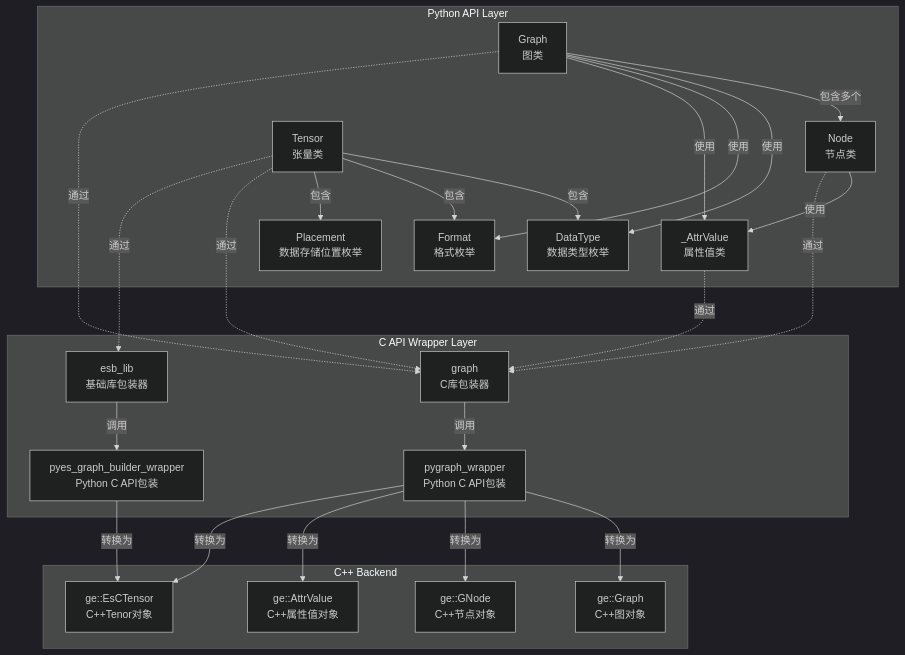
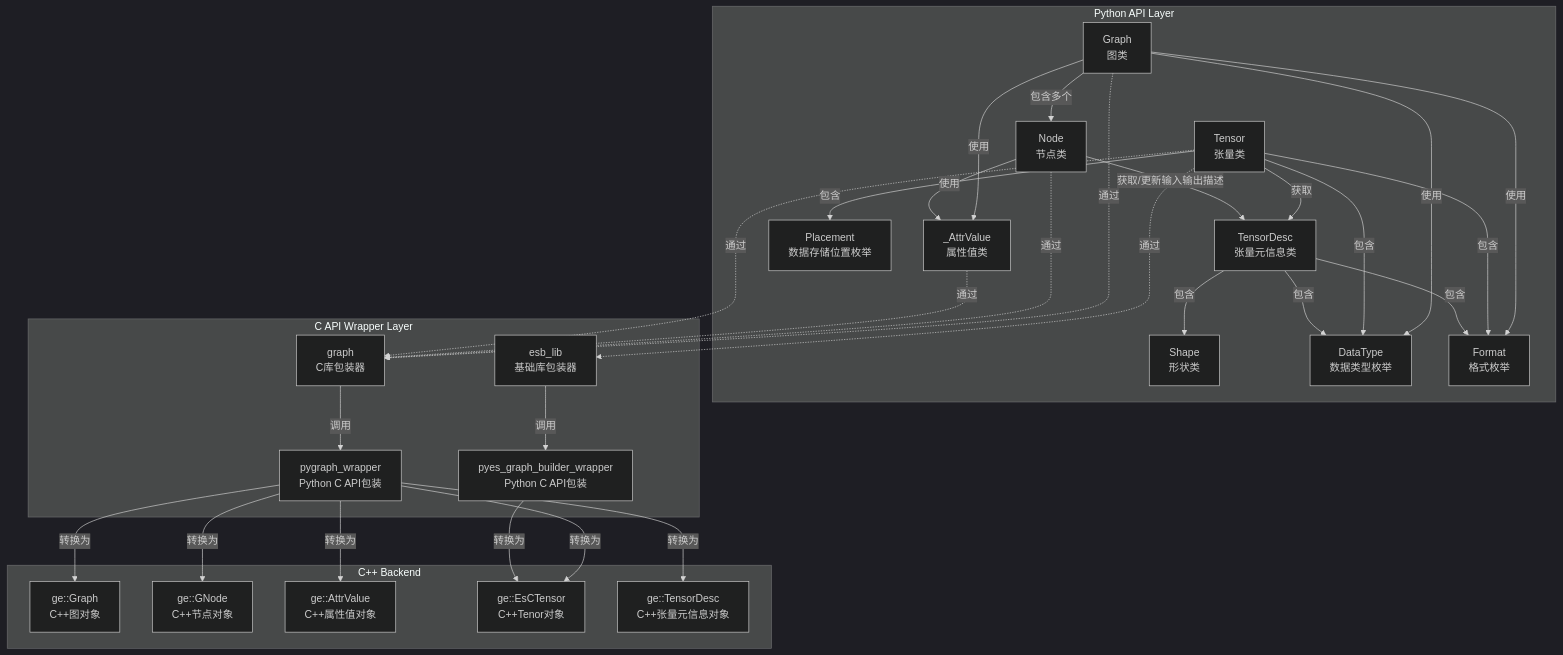
One commit to hicann/ge changed the diagram in docs/ge_python/design/ge_python.md. Above: the diagram before and after it, drawn with Mermaid (dark theme). The commit also changed other lines of this file and 14 other files, not shown here.

First line of the commit message:
feat: 新增 Python TensorDesc API

````diff
--- a/docs/ge_python/design/ge_python.md
+++ b/docs/ge_python/design/ge_python.md
@@ -24,52 +25,61 @@
 ```mermaid
 graph TB
     subgraph "Python API Layer"
         Graph[Graph<br/>图类]
         Node[Node<br/>节点类]
         Tensor[Tensor<br/>张量类]
+        Shape[Shape<br/>形状类]
+        TensorDesc[TensorDesc<br/>张量元信息类]
         DataType[DataType<br/>数据类型枚举]
         Format[Format<br/>格式枚举]
         Placement[Placement<br/>数据存储位置枚举]
         AttrValue[_AttrValue<br/>属性值类]
     end
     
     subgraph "C API Wrapper Layer"
         GraphLib[graph<br/>C库包装器]
         ESBLib[esb_lib<br/>基础库包装器]
         PyGraphWrapper[pygraph_wrapper<br/>Python C API包装]
         PyESWrapper[pyes_graph_builder_wrapper<br/>Python C API包装]
     end
     
     subgraph "C++ Backend"
         CGraph[ge::Graph<br/>C++图对象]
         CGNode[ge::GNode<br/>C++节点对象]
         CAttrValue[ge::AttrValue<br/>C++属性值对象]
         CTensor[ge::EsCTensor<br/>C++Tenor对象]
+        CTensorDesc[ge::TensorDesc<br/>C++张量元信息对象]
     end
     
     %% Python层关系
     Graph -->|"包含多个"| Node
     Graph -->|"使用"| DataType
     Graph -->|"使用"| Format
     Graph -->|"使用"| AttrValue
     Tensor -->|"包含"| DataType
     Tensor -->|"包含"| Format
     Tensor -->|"包含"| Placement
+    Tensor -->|"获取"| TensorDesc
+    TensorDesc -->|"包含"| Shape
+    TensorDesc -->|"包含"| DataType
+    TensorDesc -->|"包含"| Format
     Node -->|"使用"| AttrValue
+    Node -->|"获取/更新输入输出描述"| TensorDesc
     
     %% Python到C API
     Graph -.->|"通过"| GraphLib
     Node -.->|"通过"| GraphLib
     AttrValue -.->|"通过"| GraphLib
     Tensor -.->|"通过"| GraphLib
     Tensor -.->|"通过"| ESBLib
     GraphLib -->|"调用"| PyGraphWrapper
     ESBLib -->|"调用"| PyESWrapper
     
     %% C API到C++
     PyGraphWrapper -->|"转换为"| CGraph
     PyGraphWrapper -->|"转换为"| CGNode
     PyGraphWrapper -->|"转换为"| CAttrValue
     PyGraphWrapper -->|"转换为"| CTensor
+    PyGraphWrapper -->|"转换为"| CTensorDesc
     PyESWrapper -->|"转换为"| CTensor
 ```
````
